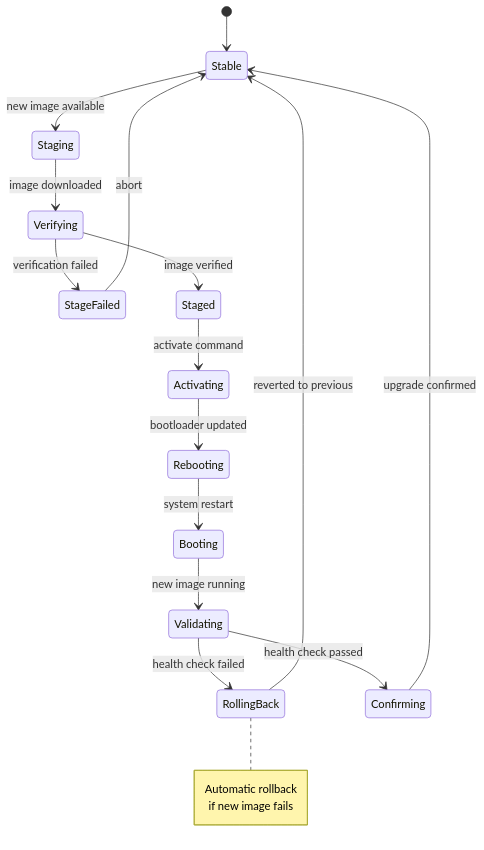
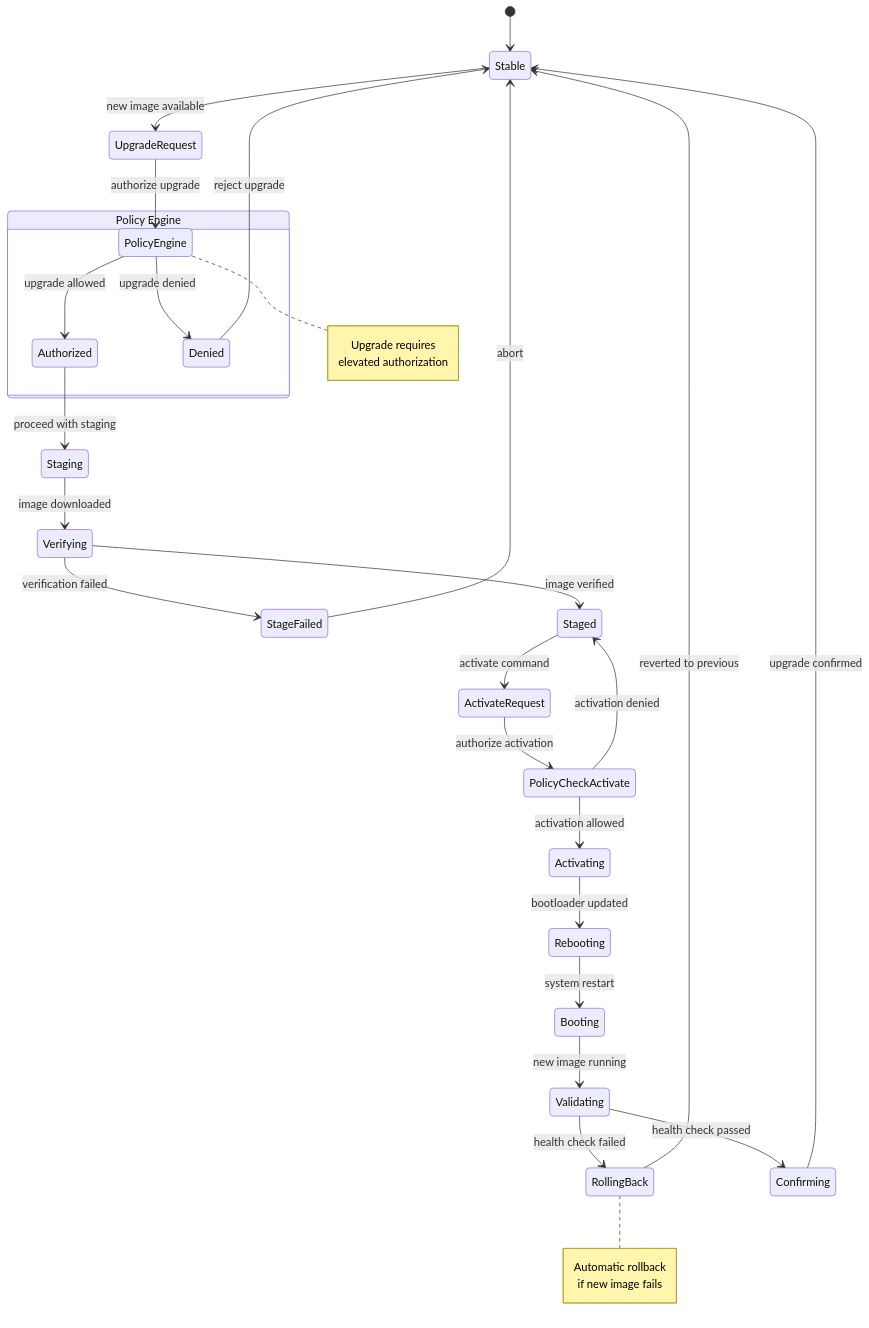
Before and after one commit to cypher-asi/zero-os: diagram 16 of 18 in docs/diagrams/state-machines.md, drawn with Mermaid. The commit also changed other lines of this file and 24 other files, not shown here.

````diff
--- a/docs/diagrams/state-machines.md
+++ b/docs/diagrams/state-machines.md
@@ -564,33 +738,54 @@
 ```mermaid
 stateDiagram-v2
     [*] --> Stable
     
-    Stable --> Staging: new image available
+    Stable --> UpgradeRequest: new image available
+    
+    UpgradeRequest --> PolicyEngine: authorize upgrade
+    
+    state "Policy Engine" as pe {
+        PolicyEngine --> Authorized: upgrade allowed
+        PolicyEngine --> Denied: upgrade denied
+    }
+    
+    Denied --> Stable: reject upgrade
+    
+    Authorized --> Staging: proceed with staging
     
     Staging --> Verifying: image downloaded
     
     Verifying --> StageFailed: verification failed
     Verifying --> Staged: image verified
     
     StageFailed --> Stable: abort
     
-    Staged --> Activating: activate command
+    Staged --> ActivateRequest: activate command
+    
+    ActivateRequest --> PolicyCheckActivate: authorize activation
+    
+    PolicyCheckActivate --> Activating: activation allowed
+    PolicyCheckActivate --> Staged: activation denied
     
     Activating --> Rebooting: bootloader updated
     
     Rebooting --> Booting: system restart
     
     Booting --> Validating: new image running
     
     Validating --> RollingBack: health check failed
     Validating --> Confirming: health check passed
     
     RollingBack --> Stable: reverted to previous
     
     Confirming --> Stable: upgrade confirmed
     
+    note right of PolicyEngine
+        Upgrade requires
+        elevated authorization
+    end note
+    
     note right of RollingBack
         Automatic rollback
         if new image fails
     end note
 ```
````
